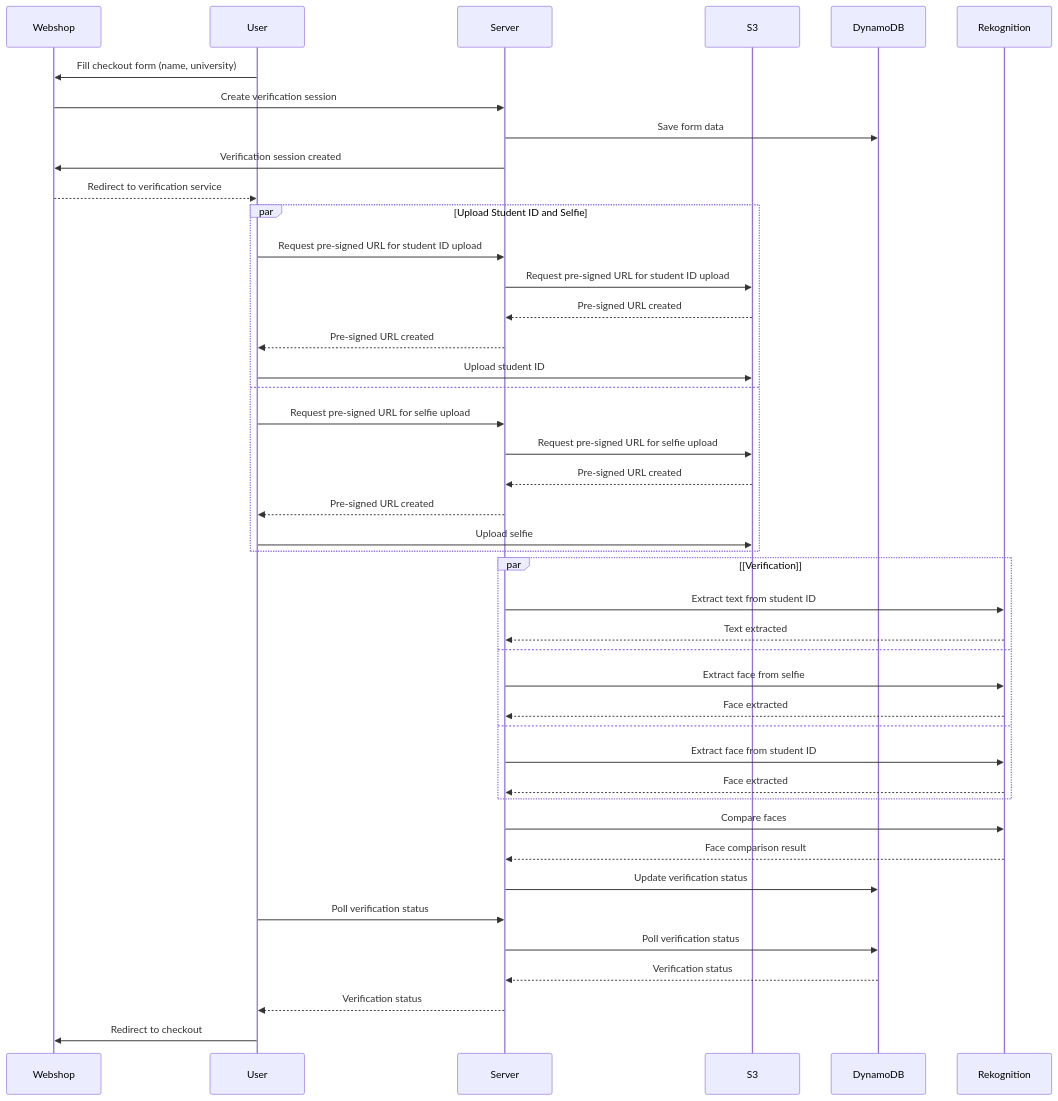
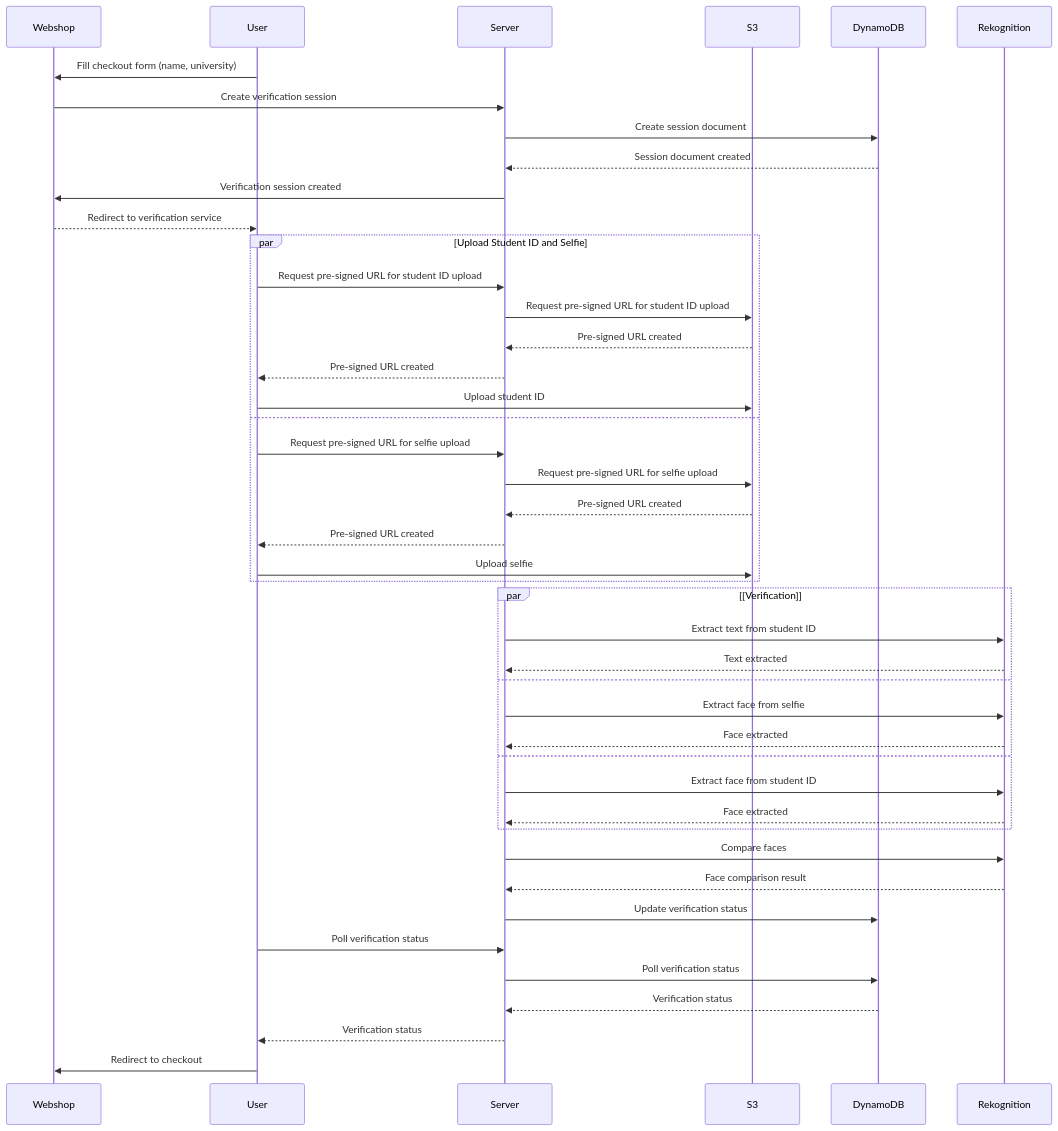
Before and after one commit to pierre-jezegou/kys: the diagram in docs/API.md, drawn with Mermaid.

Commit message:
Update DynamoDB interaction

````diff
--- a/docs/API.md
+++ b/docs/API.md
@@ -13,51 +13,52 @@
 ```mermaid
 sequenceDiagram
     participant Webshop
     participant User
     participant Server
     participant S3
     participant DynamoDB
     participant Rekognition
 
     User->>Webshop: Fill checkout form (name, university)
     Webshop->>Server: Create verification session
-    Server->>DynamoDB: Save form data
+    Server->>DynamoDB: Create session document
+    DynamoDB-->>Server: Session document created
     Server->>Webshop: Verification session created
     Webshop-->>User: Redirect to verification service
 
     par Upload Student ID and Selfie
         User->>Server: Request pre-signed URL for student ID upload
         Server->>S3: Request pre-signed URL for student ID upload
         S3-->>Server: Pre-signed URL created
         Server-->>User: Pre-signed URL created
         User->>S3: Upload student ID
     and
         User->>Server: Request pre-signed URL for selfie upload
         Server->>S3: Request pre-signed URL for selfie upload
         S3-->>Server: Pre-signed URL created
         Server-->>User: Pre-signed URL created
         User->>S3: Upload selfie
     end
 
     par [Verification]
         Server->>Rekognition: Extract text from student ID
         Rekognition-->>Server: Text extracted
     and
         Server->>Rekognition: Extract face from selfie
         Rekognition-->>Server: Face extracted
     and
         Server->>Rekognition: Extract face from student ID
         Rekognition-->>Server: Face extracted
     end
 
     Server->>Rekognition: Compare faces
     Rekognition-->>Server: Face comparison result
 
     Server->>DynamoDB: Update verification status
 
     User->>Server: Poll verification status
     Server->>DynamoDB: Poll verification status
     DynamoDB-->>Server: Verification status
     Server-->>User: Verification status
     User->>Webshop: Redirect to checkout
 ```
````
